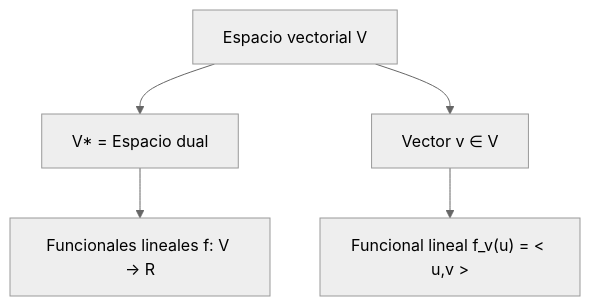
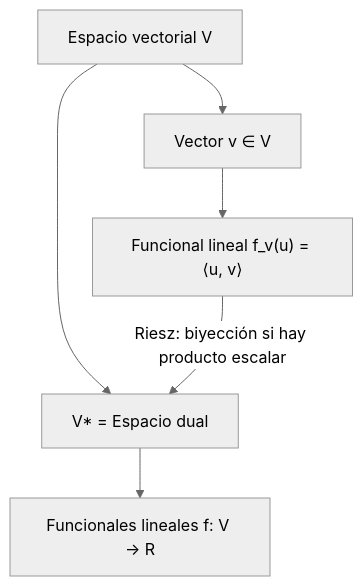
Before and after one commit to djaimej/computer-science-template: the diagram in public/documents/semester-3/1/3158.md, drawn with Mermaid (neutral theme). The commit also changed other lines of this file and 34 other files, not shown here.

````diff
--- a/public/documents/semester-3/1/3158.md
+++ b/public/documents/semester-3/1/3158.md
@@ -71,7 +109,8 @@
 ```mermaid
 graph TD
     A[Espacio vectorial V] --> B[V* = Espacio dual]
     B --> C[Funcionales lineales f: V → R]
     A --> D["Vector v ∈ V"]
-    D --> E["Funcional lineal f_v(u) = < u,v >"]
+    D --> E["Funcional lineal f_v(u) = ⟨u, v⟩"]
+    E -->|Riesz: biyección si hay producto escalar| B
 ```
````
